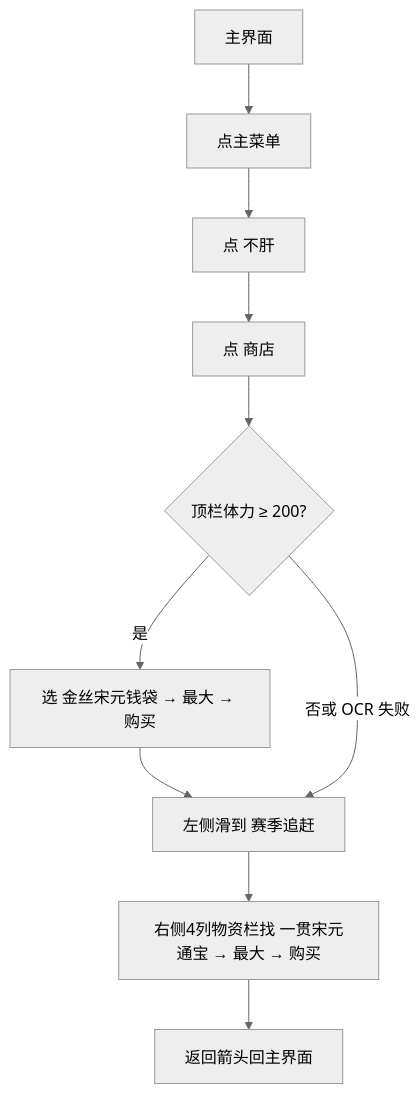
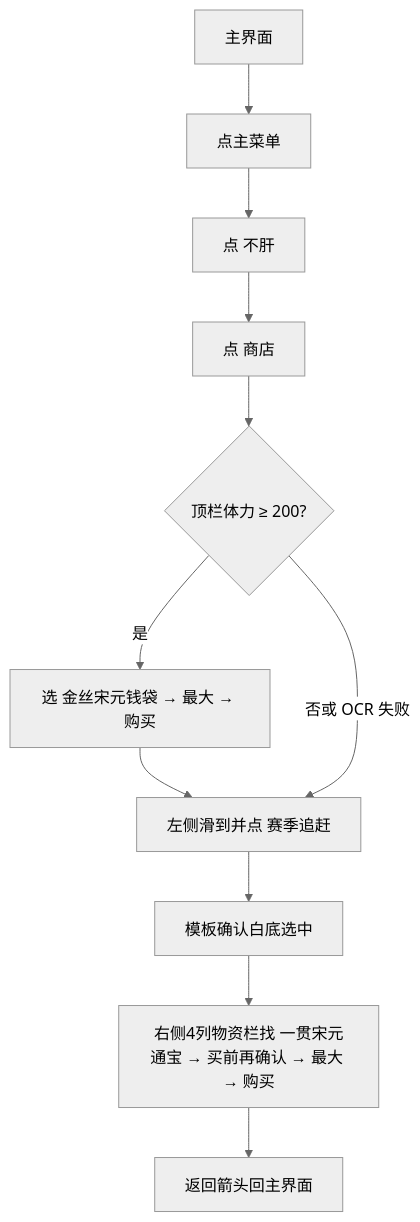
One commit to 82488059/MAAJN changed the first of 2 diagrams in docs/zh_cn/买钱袋.md. Above: the diagram before and after it, drawn with Mermaid (neutral theme). The commit also changed other lines of this file and 4 other files, not shown here.

````diff
--- a/docs/zh_cn/买钱袋.md
+++ b/docs/zh_cn/买钱袋.md
@@ -61,16 +62,17 @@
 ```mermaid
 flowchart TD
   main["主界面"]
   menu["点主菜单"]
   bugan["点 不肝"]
   shop["点 商店"]
   stam{"顶栏体力 ≥ 200?"}
   bag["选 金丝宋元钱袋 → 最大 → 购买"]
-  season["左侧滑到 赛季追赶"]
-  tong["右侧4列物资栏找 一贯宋元通宝 → 最大 → 购买"]
+  season["左侧滑到并点 赛季追赶"]
+  confirm["模板确认白底选中"]
+  tong["右侧4列物资栏找 一贯宋元通宝 → 买前再确认 → 最大 → 购买"]
   back["返回箭头回主界面"]
   main --> menu --> bugan --> shop --> stam
   stam -->|是| bag --> season
   stam -->|否或 OCR 失败| season
-  season --> tong --> back
+  season --> confirm --> tong --> back
 ```
````
